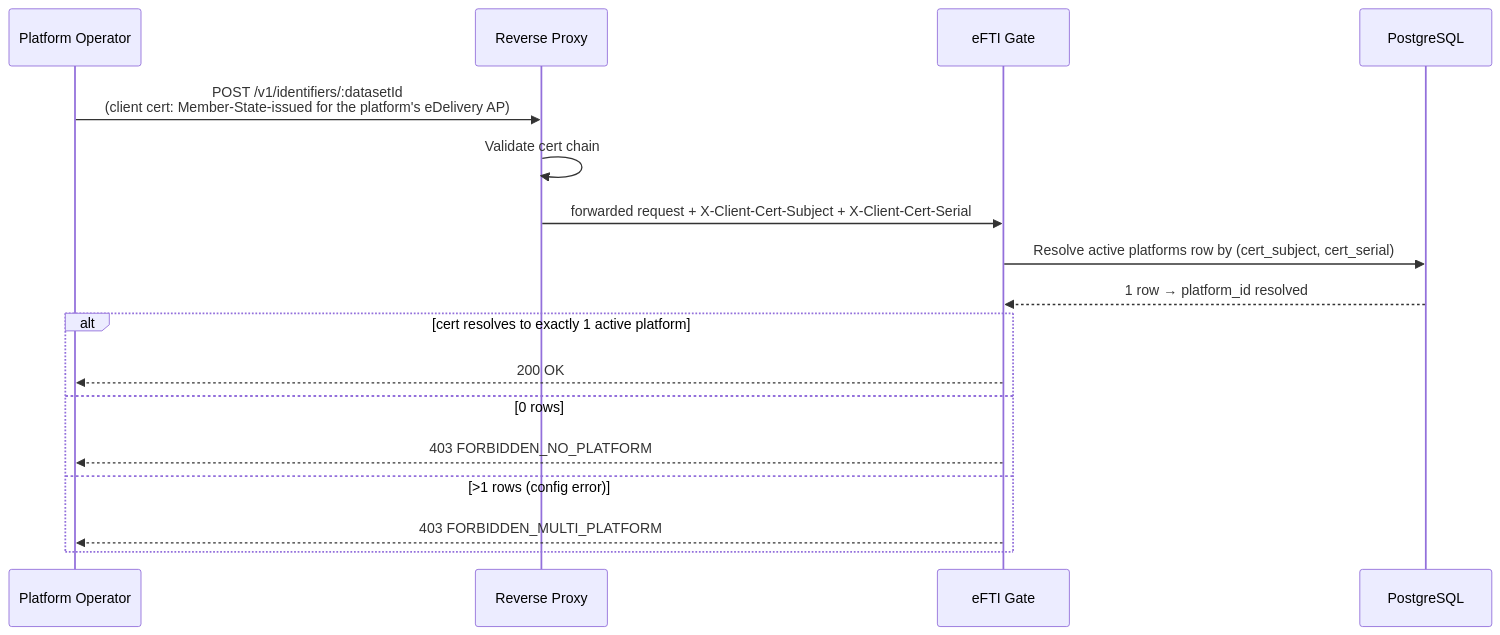
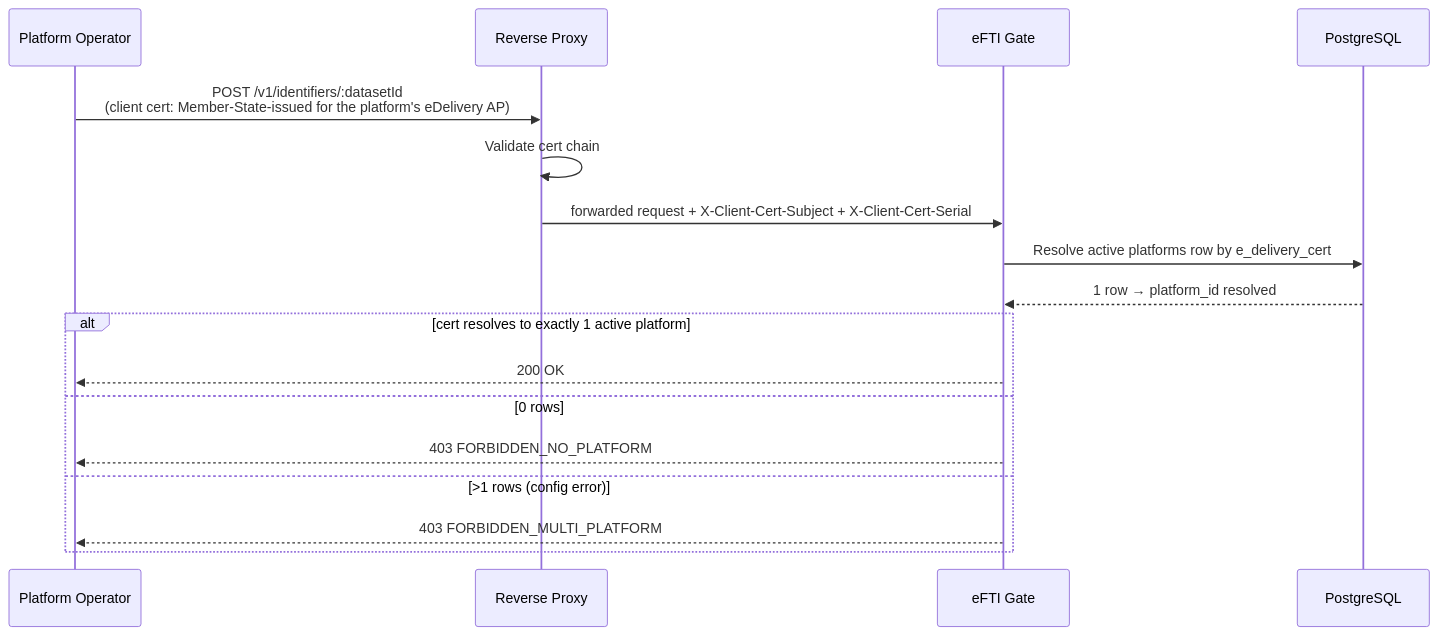
One commit to kemit-ee/efti-gate-ee changed the fourth of 5 diagrams in docs/architecture/identity-and-access/authentication_and_access_flows.md. Above: the diagram before and after it, drawn with Mermaid. The commit also changed other lines of this file and 34 other files, not shown here.

First line of the commit message:
remove cert subject and cert serial values from the platform entity

````diff
--- a/docs/architecture/identity-and-access/authentication_and_access_flows.md
+++ b/docs/architecture/identity-and-access/authentication_and_access_flows.md
@@ -82,20 +82,20 @@
 ```mermaid
 sequenceDiagram
     participant Platform as Platform Operator
     participant Proxy as Reverse Proxy
     participant Gate as eFTI Gate
     participant DB as PostgreSQL
 
     Platform->>Proxy: POST /v1/identifiers/:datasetId<br/>(client cert: Member-State-issued for the platform's eDelivery AP)
     Proxy->>Proxy: Validate cert chain
     Proxy->>Gate: forwarded request + X-Client-Cert-Subject + X-Client-Cert-Serial
-    Gate->>DB: Resolve active platforms row by (cert_subject, cert_serial)
+    Gate->>DB: Resolve active platforms row by e_delivery_cert
     DB-->>Gate: 1 row → platform_id resolved
     alt cert resolves to exactly 1 active platform
         Gate-->>Platform: 200 OK
     else 0 rows
         Gate-->>Platform: 403 FORBIDDEN_NO_PLATFORM
     else >1 rows (config error)
         Gate-->>Platform: 403 FORBIDDEN_MULTI_PLATFORM
     end
 ```
````
